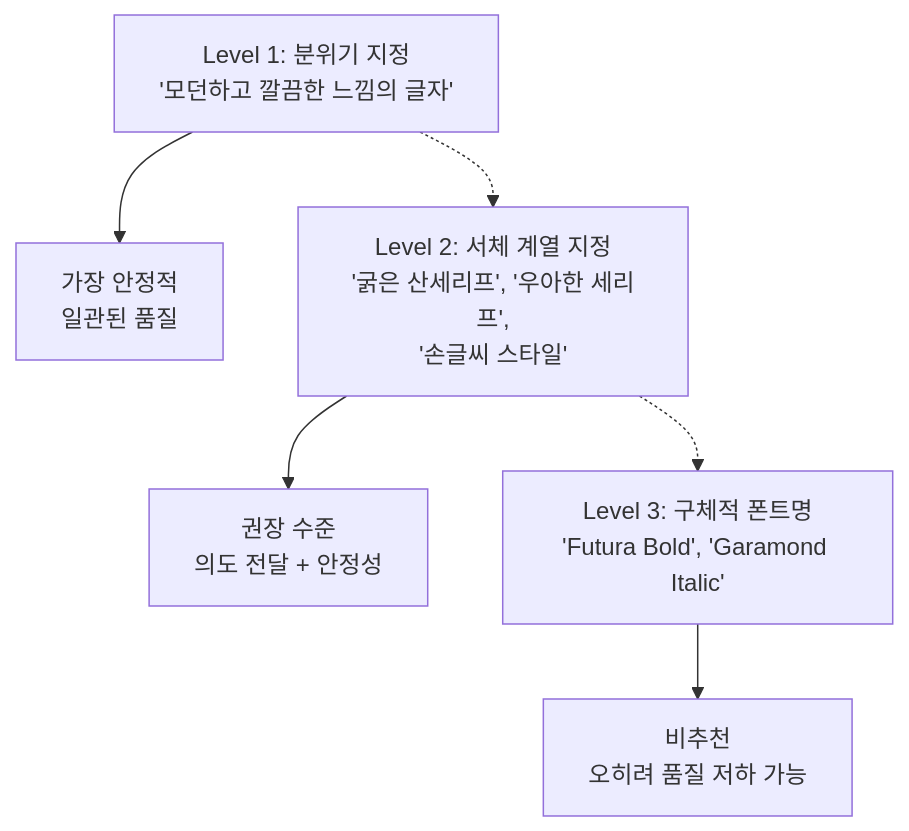
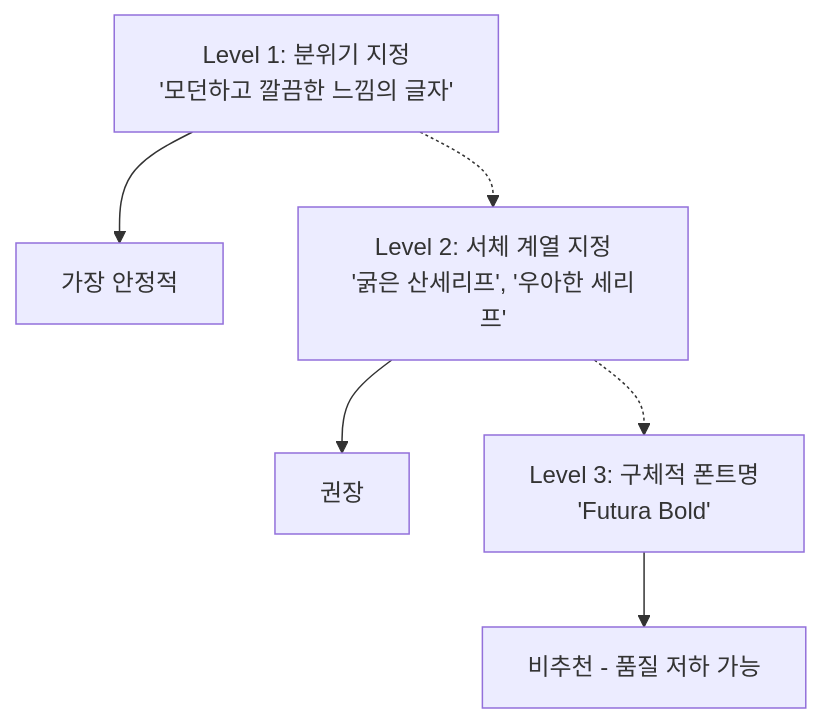
One commit to jsonpassion/forge-tutorial-promptcanvas changed the second of 2 diagrams in 03-ch3-chatgpt-이미지-생성-실전/03-03-텍스트-렌더링과-타이포그래피-이미지.md. Above: the diagram before and after it, drawn with Mermaid. The commit also changed other lines of this file and 63 other files, not shown here.

````diff
--- a/03-ch3-chatgpt-이미지-생성-실전/03-03-텍스트-렌더링과-타이포그래피-이미지.md
+++ b/03-ch3-chatgpt-이미지-생성-실전/03-03-텍스트-렌더링과-타이포그래피-이미지.md
@@ -98,7 +184,7 @@
 ```mermaid
 flowchart TD
-    L1["Level 1: 분위기 지정<br/>'모던하고 깔끔한 느낌의 글자'"] --> R1["가장 안정적<br/>일관된 품질"]
-    L2["Level 2: 서체 계열 지정<br/>'굵은 산세리프', '우아한 세리프',<br/>'손글씨 스타일'"] --> R2["권장 수준<br/>의도 전달 + 안정성"]
-    L3["Level 3: 구체적 폰트명<br/>'Futura Bold', 'Garamond Italic'"] --> R3["비추천<br/>오히려 품질 저하 가능"]
+    L1["Level 1: 분위기 지정<br/>'모던하고 깔끔한 느낌의 글자'"] --> R1["가장 안정적"]
+    L2["Level 2: 서체 계열 지정<br/>'굵은 산세리프', '우아한 세리프'"] --> R2["권장"]
+    L3["Level 3: 구체적 폰트명<br/>'Futura Bold'"] --> R3["비추천 - 품질 저하 가능"]
     L1 -.-> L2 -.-> L3
 ```
````
